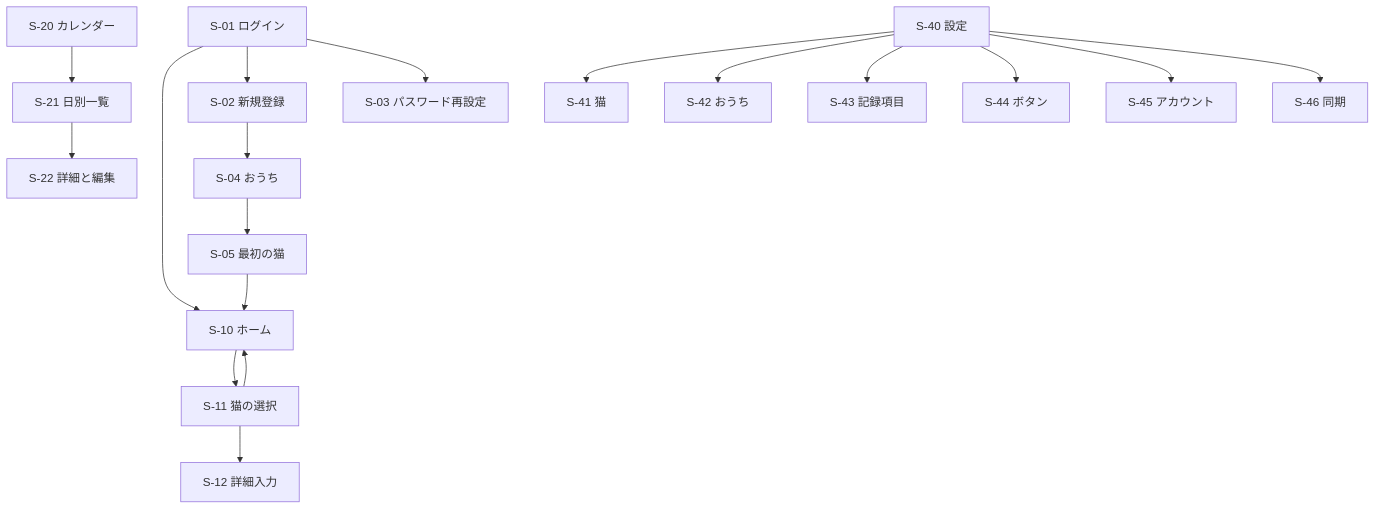
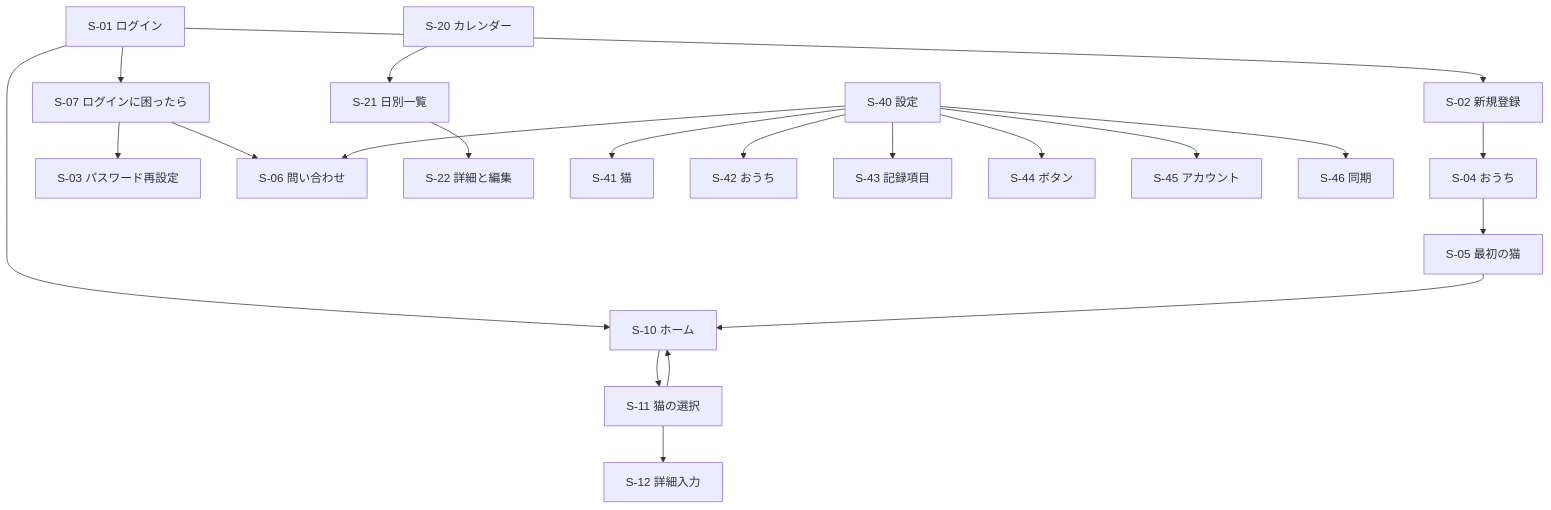
Before and after one commit to major182/MeowScope: the diagram in docs/04_screen-design.md, drawn with Mermaid. The commit also changed other lines of this file and 4 other files, not shown here.

````diff
--- a/docs/04_screen-design.md
+++ b/docs/04_screen-design.md
@@ -52,10 +54,11 @@
 ```mermaid
 flowchart TD
   S01[S-01 ログイン] --> S10[S-10 ホーム]
   S01 --> S02[S-02 新規登録] --> S04[S-04 おうち] --> S05[S-05 最初の猫] --> S10
-  S01 --> S03[S-03 パスワード再設定]
+  S01 --> S07[S-07 ログインに困ったら] --> S03[S-03 パスワード再設定]
+  S07 --> S06[S-06 問い合わせ]
   S10 --> S11[S-11 猫の選択] --> S10
   S11 --> S12[S-12 詳細入力]
   S20[S-20 カレンダー] --> S21[S-21 日別一覧] --> S22[S-22 詳細と編集]
-  S40[S-40 設定] --> S41[S-41 猫] & S42[S-42 おうち] & S43[S-43 記録項目] & S44[S-44 ボタン] & S45[S-45 アカウント] & S46[S-46 同期]
+  S40[S-40 設定] --> S41[S-41 猫] & S42[S-42 おうち] & S43[S-43 記録項目] & S44[S-44 ボタン] & S45[S-45 アカウント] & S46[S-46 同期] & S06
 ```
````
